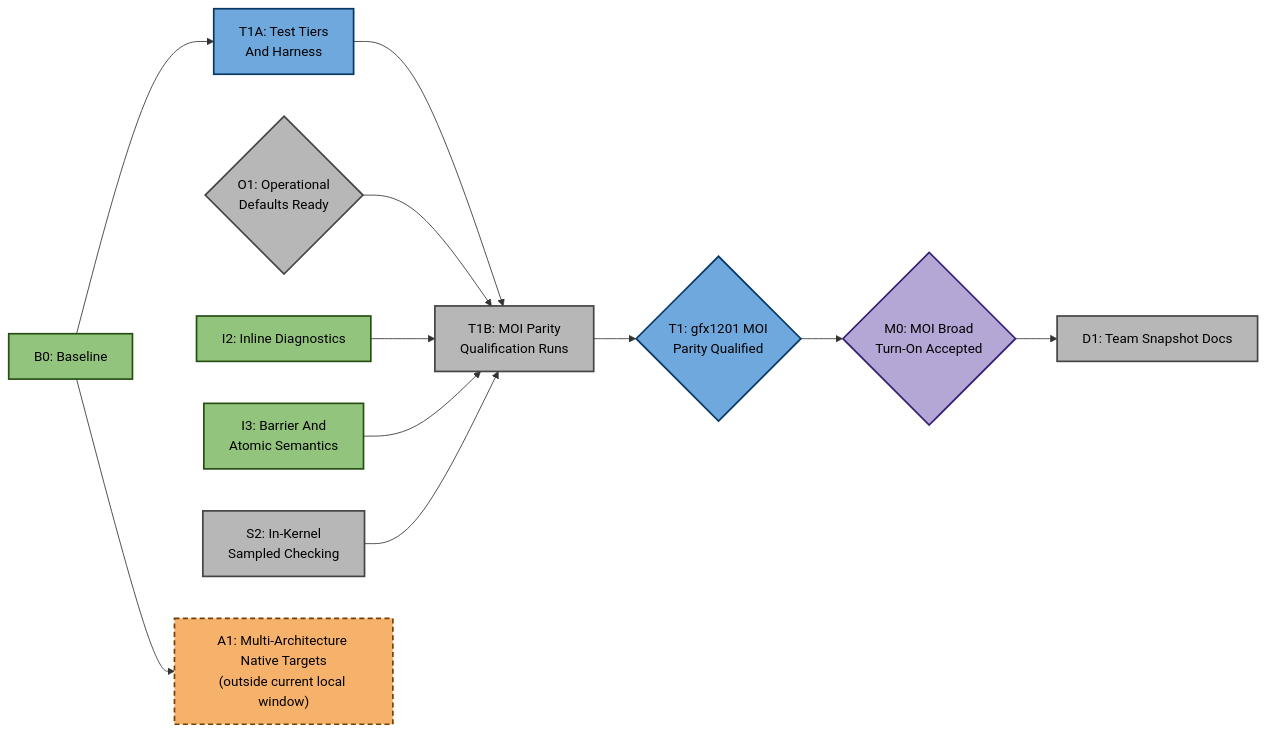
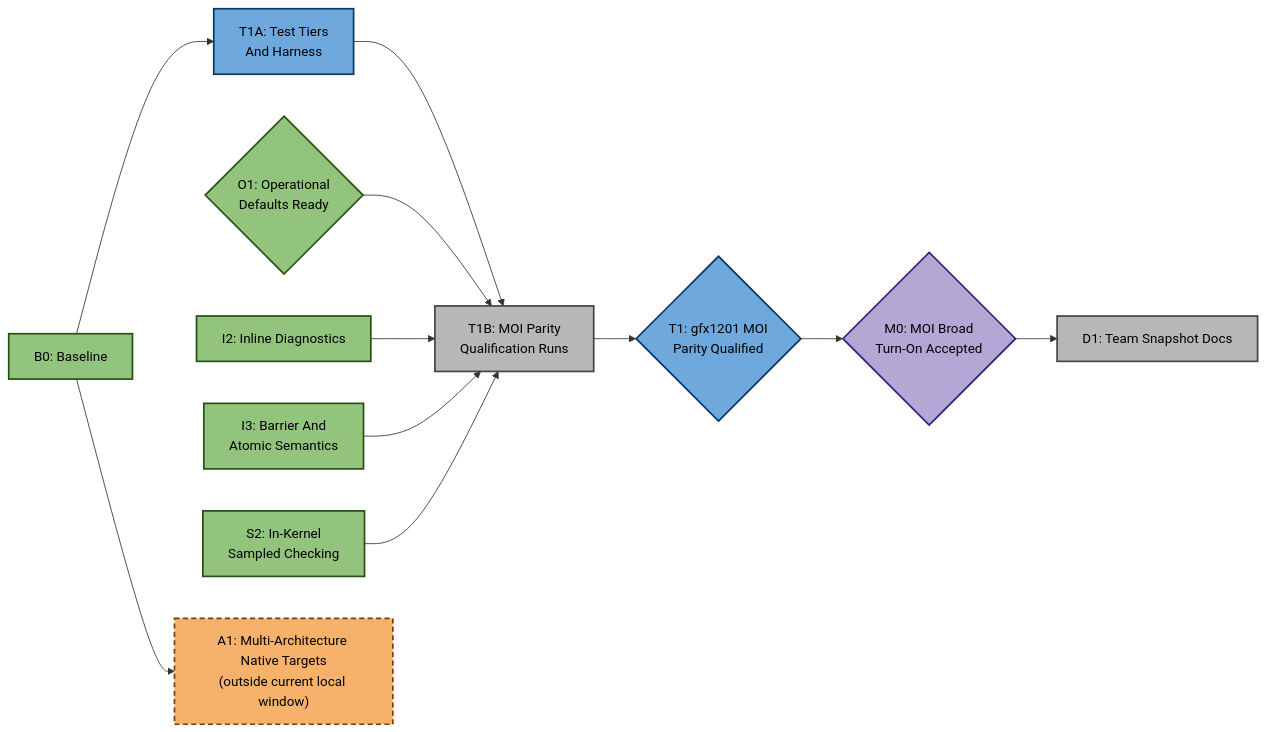
One commit to ROCm/rocm-systems changed the third of 4 diagrams in emulation/rocjitsu/docs/consan/PLAN.md. Above: the diagram before and after it, drawn with Mermaid. The commit also changed other lines of this file and 4 other files, not shown here.

````diff
--- a/emulation/rocjitsu/docs/consan/PLAN.md
+++ b/emulation/rocjitsu/docs/consan/PLAN.md
@@ -179,33 +179,33 @@
 ```mermaid
 flowchart LR
   B0["B0: Baseline"]:::done
-  O1{"O1: Operational<br/>Defaults Ready"}:::todo
+  O1{"O1: Operational<br/>Defaults Ready"}:::done
   I2["I2: Inline Diagnostics"]:::done
   I3["I3: Barrier And<br/>Atomic Semantics"]:::done
-  S2["S2: In-Kernel<br/>Sampled Checking"]:::todo
+  S2["S2: In-Kernel<br/>Sampled Checking"]:::done
   T1A["T1A: Test Tiers<br/>And Harness"]:::partial
   T1B["T1B: MOI Parity<br/>Qualification Runs"]:::todo
   T1{"T1: gfx1201 MOI<br/>Parity Qualified"}:::partial
   M0{"M0: MOI Broad<br/>Turn-On Accepted"}:::target
   D1["D1: Team Snapshot Docs"]:::todo
   A1["A1: Multi-Architecture Native Targets<br/>(outside current local window)"]:::deferred
 
   B0 --> T1A
   T1A --> T1B
   O1 --> T1B
   I2 --> T1B
   I3 --> T1B
   S2 --> T1B
   T1B --> T1
   T1 --> M0
   M0 --> D1
 
   B0 --> A1
 
   classDef done fill:#93c47d,stroke:#274e13,stroke-width:2px,color:#000;
   classDef active fill:#ffd966,stroke:#7f6000,stroke-width:2px,color:#000;
   classDef target fill:#b4a7d6,stroke:#351c75,stroke-width:2px,color:#000;
   classDef partial fill:#6fa8dc,stroke:#073763,stroke-width:2px,color:#000;
   classDef todo fill:#b7b7b7,stroke:#434343,stroke-width:2px,color:#000;
   classDef deferred fill:#f6b26b,stroke:#783f04,stroke-width:2px,color:#000,stroke-dasharray: 6 4;
 ```
````
